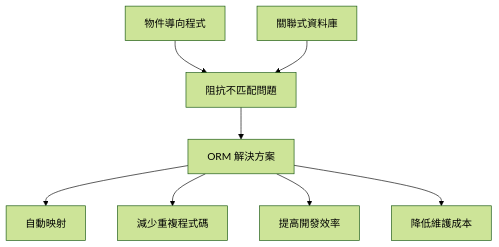
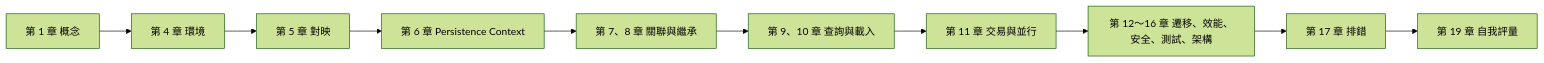
The first of 13 diagrams in content/posts/教學/分析與設計/Object-Relational Mapping (ORM) 物件關聯對映教學.md (chihhung/Blog), drawn with Mermaid (forest theme) before and after one commit. The commit also changed other lines of this file and 2 other files, not shown here.

Commit message:
docs: Refactoring and ORM doc update

````diff
--- a/content/posts/教學/分析與設計/Object-Relational Mapping (ORM) 物件關聯對映教學.md
+++ b/content/posts/教學/分析與設計/Object-Relational Mapping (ORM) 物件關聯對映教學.md
@@ -112,10 +274,12 @@
 ```mermaid
-graph TD
-    A[物件導向程式] --> B[阻抗不匹配問題]
-    C[關聯式資料庫] --> B
-    B --> D[ORM 解決方案]
-    D --> E[自動映射]
-    D --> F[減少重複程式碼]
-    D --> G[提高開發效率]
-    D --> H[降低維護成本]
+flowchart LR
+    A[第 1 章 概念] --> B[第 4 章 環境]
+    B --> C[第 5 章 對映]
+    C --> D[第 6 章 Persistence Context]
+    D --> E[第 7、8 章 關聯與繼承]
+    E --> F[第 9、10 章 查詢與載入]
+    F --> G[第 11 章 交易與並行]
+    G --> H[第 12～16 章 遷移、效能、安全、測試、架構]
+    H --> I[第 17 章 排錯]
+    I --> J[第 19 章 自我評量]
 ```
````
